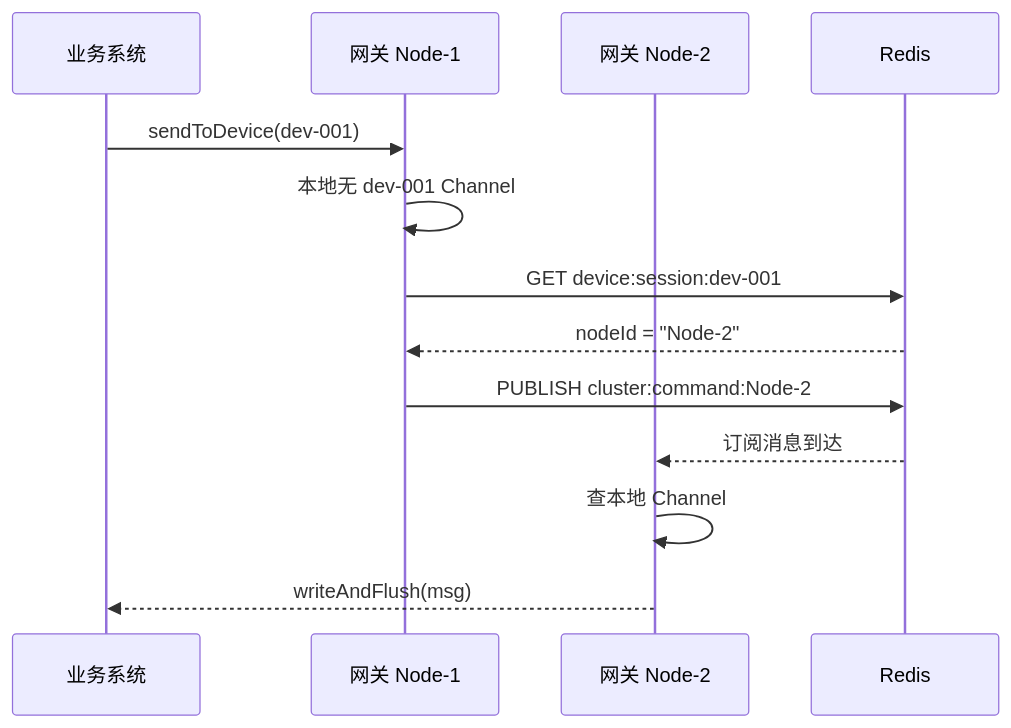
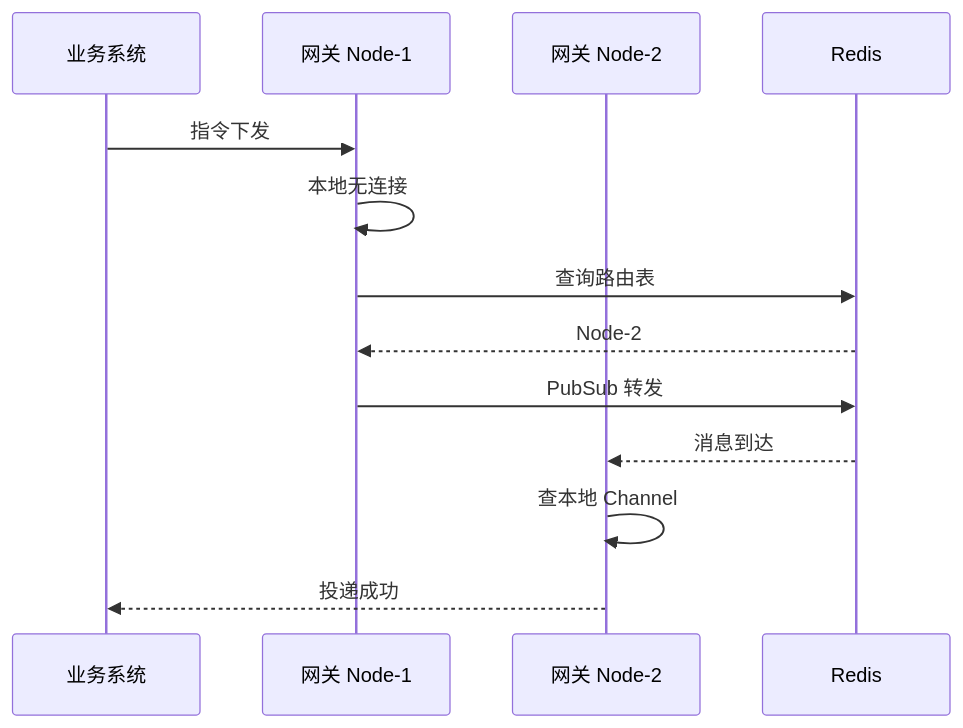
One commit to xieshuang/device_server changed the third of 3 diagrams in README.md. Above: the diagram before and after it, drawn with Mermaid. The commit also changed other lines of this file, not shown here.

First line of the commit message:
fix: Mermaid架构图兼容性修复

````diff
--- a/README.md
+++ b/README.md
@@ -109,16 +102,16 @@
 ```mermaid
 sequenceDiagram
     participant API as 业务系统
     participant N1 as 网关 Node-1
     participant N2 as 网关 Node-2
     participant Re as Redis
 
-    API->>N1: sendToDevice(dev-001)
-    N1->>N1: 本地无 dev-001 Channel
-    N1->>Re: GET device:session:dev-001
-    Re-->>N1: nodeId = "Node-2"
-    N1->>Re: PUBLISH cluster:command:Node-2
-    Re-->>N2: 订阅消息到达
+    API->>N1: 指令下发
+    N1->>N1: 本地无连接
+    N1->>Re: 查询路由表
+    Re-->>N1: Node-2
+    N1->>Re: PubSub 转发
+    Re-->>N2: 消息到达
     N2->>N2: 查本地 Channel
-    N2-->>API: writeAndFlush(msg)
+    N2-->>API: 投递成功
 ```
````
